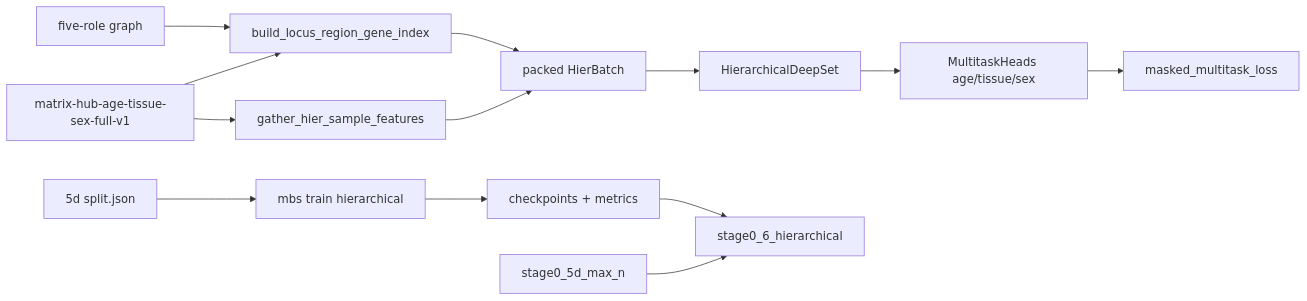
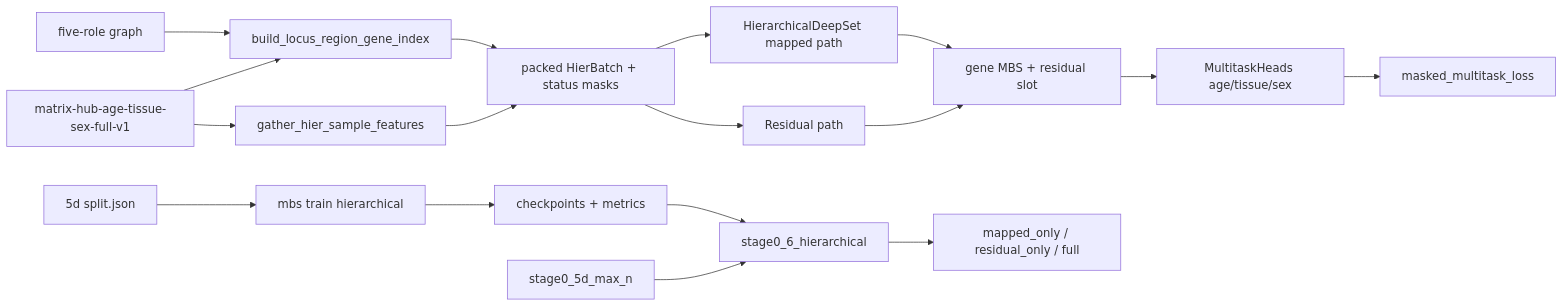
One commit to mityasmirnov/methyl-burden-score changed the second of 2 diagrams in docs/plans/milestone-6-hierarchical-region-model.md. Above: the diagram before and after it, drawn with Mermaid. The commit also changed other lines of this file and 28 other files, not shown here.

First line of the commit message:
feat(6): retain unmapped loci on a residual hierarchical path

````diff
--- a/docs/plans/milestone-6-hierarchical-region-model.md
+++ b/docs/plans/milestone-6-hierarchical-region-model.md
@@ -84,15 +110,19 @@
 ```mermaid
 flowchart LR
   Mat["matrix-hub-age-tissue-sex-full-v1"] --> Feat["gather_hier_sample_features"]
   fiveRoleGraph["five-role graph"] --> HierIdx["build_locus_region_gene_index"]
   Mat --> HierIdx
-  HierIdx --> Batch["packed HierBatch"]
+  HierIdx --> Batch["packed HierBatch + status masks"]
   Feat --> Batch
-  Batch --> Hier["HierarchicalDeepSet"]
-  Hier --> Heads["MultitaskHeads age/tissue/sex"]
+  Batch --> Hier["HierarchicalDeepSet mapped path"]
+  Batch --> Res["Residual path"]
+  Hier --> Panel["gene MBS + residual slot"]
+  Res --> Panel
+  Panel --> Heads["MultitaskHeads age/tissue/sex"]
   Heads --> Loss["masked_multitask_loss"]
   Split["5d split.json"] --> Train["mbs train hierarchical"]
   Train --> Ckpt["checkpoints + metrics"]
   Ckpt --> Report["stage0_6_hierarchical"]
   FlatRep["stage0_5d_max_n"] --> Report
+  Report --> Slices["mapped_only / residual_only / full"]
 ```
````
